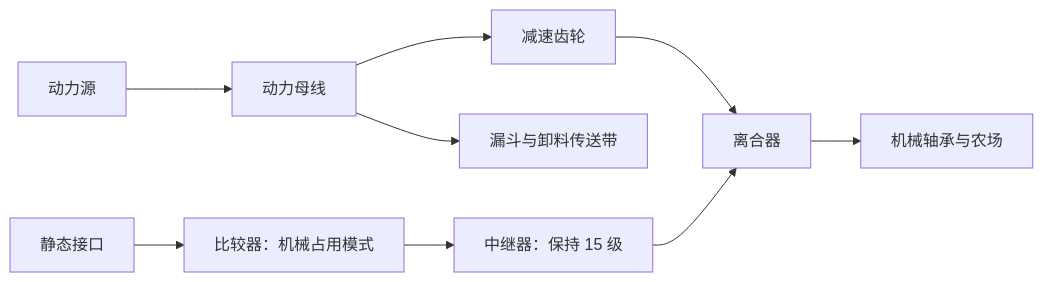
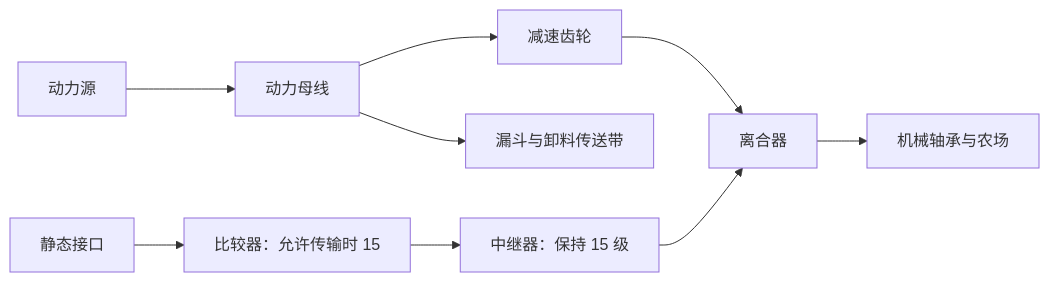
Before and after one commit to DiliuPengyun/Differential-Create: the first of 3 diagrams in docs/PORTABLE_STORAGE_DESIGN.md, drawn with Mermaid. The commit also changed other lines of this file and 34 other files, not shown here.

````diff
--- a/docs/PORTABLE_STORAGE_DESIGN.md
+++ b/docs/PORTABLE_STORAGE_DESIGN.md
@@ -27,11 +27,11 @@
 ```mermaid
 flowchart LR
     Source[动力源] --> Bus[动力母线]
     Bus --> Reduce[减速齿轮]
     Reduce --> Clutch[离合器]
     Clutch --> Bearing[机械轴承与农场]
     Bus --> Belt[漏斗与卸料传送带]
-    Port[静态接口] --> Comparator[比较器：机械占用模式]
+    Port[静态接口] --> Comparator[比较器：允许传输时 15]
     Comparator --> Repeater[中继器：保持 15 级]
     Repeater --> Clutch
 ```
````
